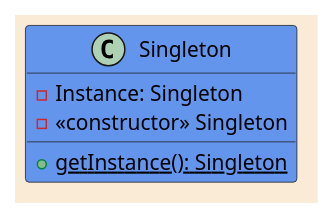
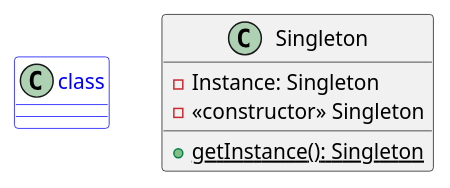
Before and after one commit to paguerre3/creational-patterns: the diagram in cp-samples/src/cp/samples/singleton/_singleton-diagram.iuml, drawn with PlantUML.

Commit message:
no message

```diff
--- a/cp-samples/src/cp/samples/singleton/_singleton-diagram.iuml
+++ b/cp-samples/src/cp/samples/singleton/_singleton-diagram.iuml
@@ -1,10 +1,9 @@
 @startuml
-skinparam backgroundcolor AntiqueWhite
-skinparam classBackgroundColor CornflowerBlue
+class class #white;line:blue;text:blue
 
 class Singleton {
  -Instance: Singleton
  -<<constructor>> Singleton
  +{static} getInstance(): Singleton
 }
 @enduml
```
